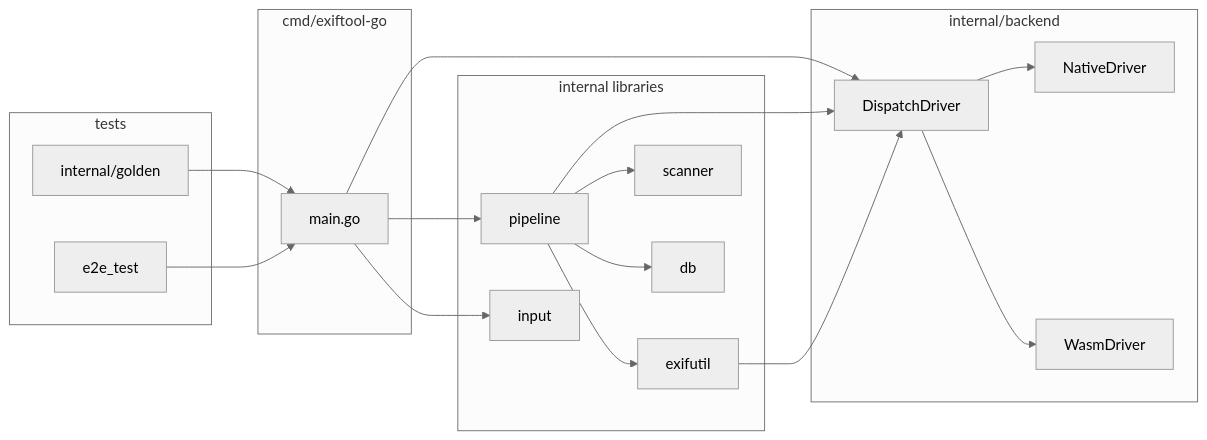
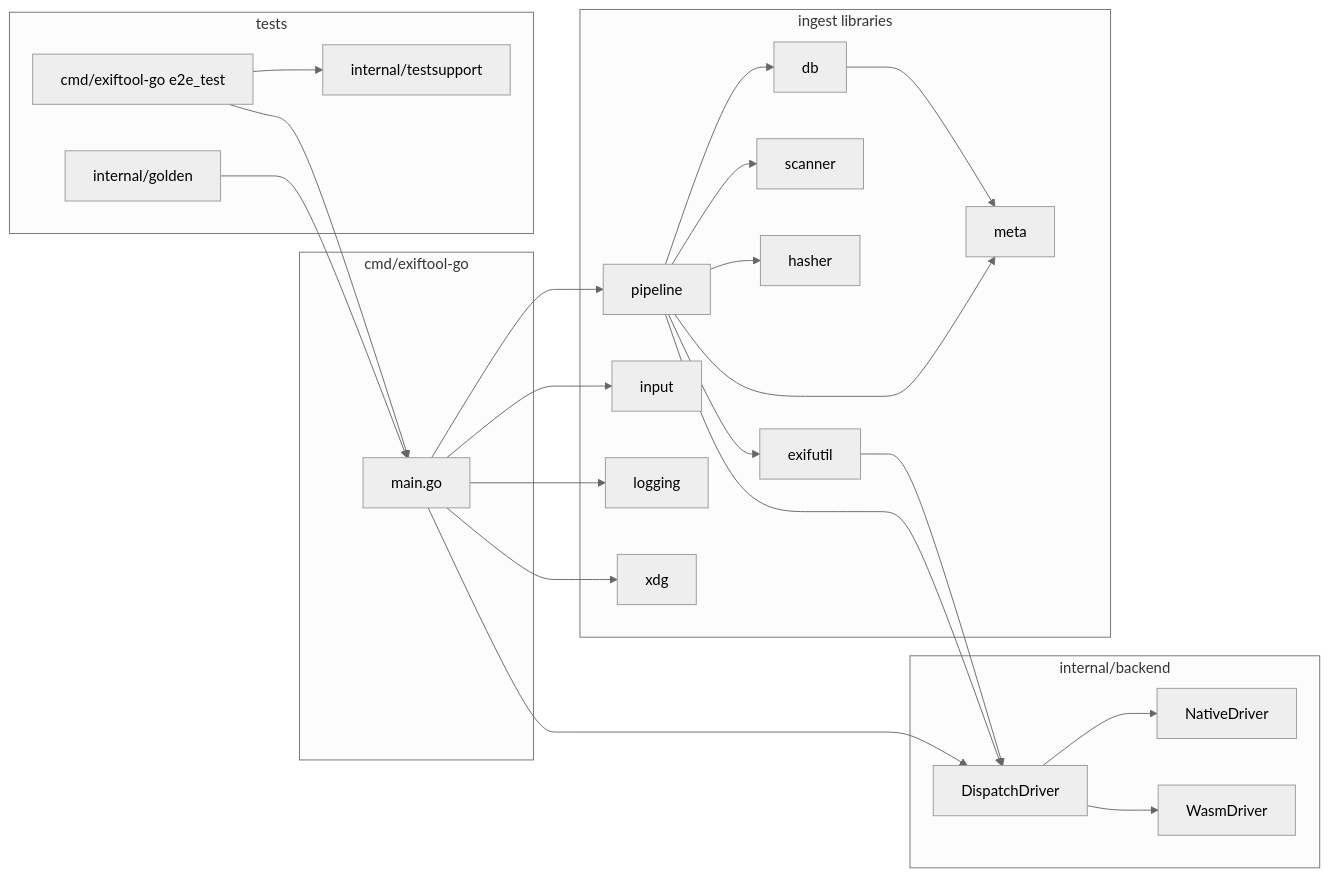
The first of 4 diagrams in ARCHITECTURE.md (lbe/exiftool-go), drawn with Mermaid (neutral theme) before and after one commit. The commit also changed other lines of this file and 37 other files, not shown here.

````diff
--- a/ARCHITECTURE.md
+++ b/ARCHITECTURE.md
@@ -7,34 +9,45 @@
 ```mermaid
 flowchart LR
   subgraph cli [cmd/exiftool-go]
     M[main.go]
   end
   subgraph drivers [internal/backend]
     DD[DispatchDriver]
     ND[NativeDriver]
     WD[WasmDriver]
     DD --> ND
     DD --> WD
   end
-  subgraph libs [internal libraries]
+  subgraph ingest [ingest libraries]
     P[pipeline]
     X[exifutil]
     I[input]
     S[scanner]
+    H[hasher]
     DB[db]
+    META[meta]
+    LOG[logging]
+    XDG[xdg]
   end
   subgraph tests [tests]
     G[internal/golden]
-    E2E[e2e_test]
+    E2E[cmd/exiftool-go e2e_test]
+    TS[internal/testsupport]
   end
   M --> DD
   M --> P
   M --> I
+  M --> LOG
+  M --> XDG
   P --> DD
   P --> X
   P --> S
+  P --> H
   P --> DB
+  P --> META
   X --> DD
+  DB --> META
   G --> M
   E2E --> M
+  E2E --> TS
 ```
````
